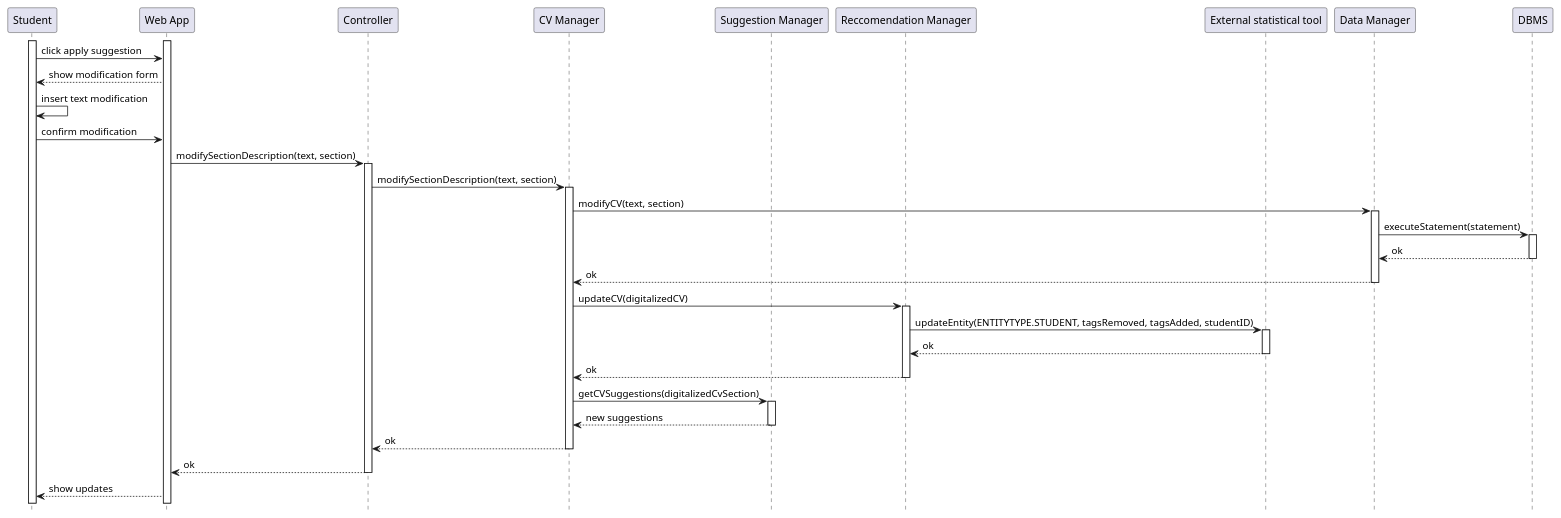
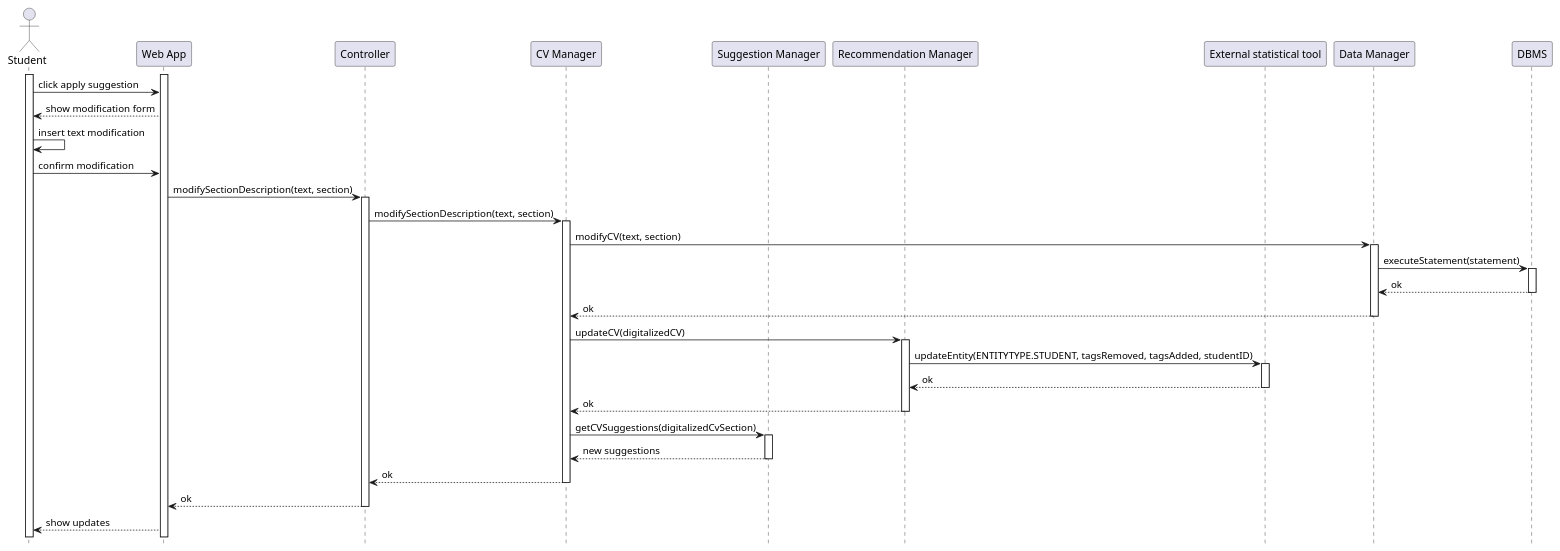
Before and after one commit to matti8702/R_and_DD_project_SE2: the diagram in DD/Architectural_design/uml_diagrams/RV14_diagram.puml, drawn with PlantUML. The commit also changed 9 other files, not shown here.

```diff
--- a/DD/Architectural_design/uml_diagrams/RV14_diagram.puml
+++ b/DD/Architectural_design/uml_diagrams/RV14_diagram.puml
@@ -1,56 +1,56 @@
 @startuml RV14_diagram
 hide footbox
 
-participant "Student" as S 
+actor "Student" as S 
 participant "Web App" as W
 participant "Controller" AS C
 participant "CV Manager" AS CM
 participant "Suggestion Manager" as SM
-participant "Reccomendation Manager" as RM
+participant "Recommendation Manager" as RM
 participant "External statistical tool" AS EXT
 participant "Data Manager" AS DM
 participant "DBMS" AS RD
 
 
 
 activate S
 activate W
 S -> W: click apply suggestion
 W --> S: show modification form
 S -> S: insert text modification
 S -> W: confirm modification
 W -> C: modifySectionDescription(text, section)
 activate C
 C -> CM: modifySectionDescription(text, section)
 activate CM
 
 CM -> DM: modifyCV(text, section)
 activate DM
 DM -> RD: executeStatement(statement)
 activate RD
 RD --> DM: ok
 deactivate RD
 DM --> CM: ok
 deactivate DM 
 
 CM -> RM: updateCV(digitalizedCV)
 activate RM
 RM -> EXT: updateEntity(ENTITYTYPE.STUDENT, tagsRemoved, tagsAdded, studentID)
 activate EXT
 EXT --> RM: ok
 deactivate EXT
 RM --> CM: ok
 deactivate RM
 
 CM -> SM: getCVSuggestions(digitalizedCvSection)
 activate SM
 SM --> CM: new suggestions
 deactivate SM
 CM --> C: ok
 deactivate CM
 C --> W: ok
 deactivate C
 W --> S: show updates
 
 
 @enduml
```
